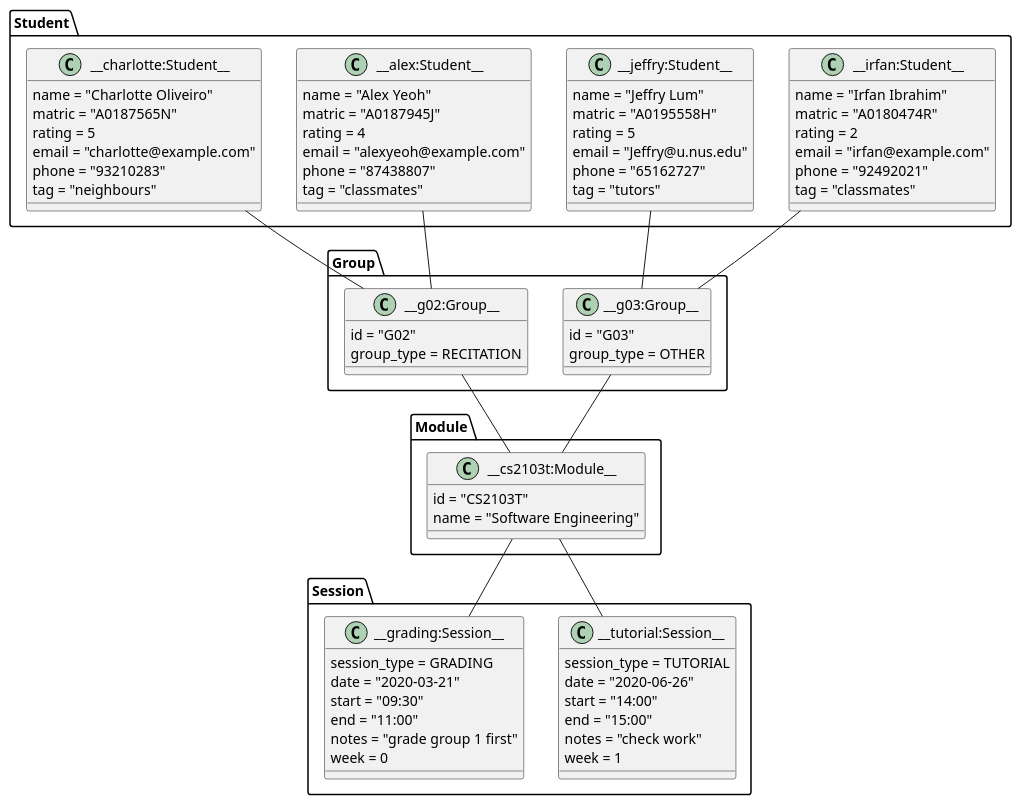
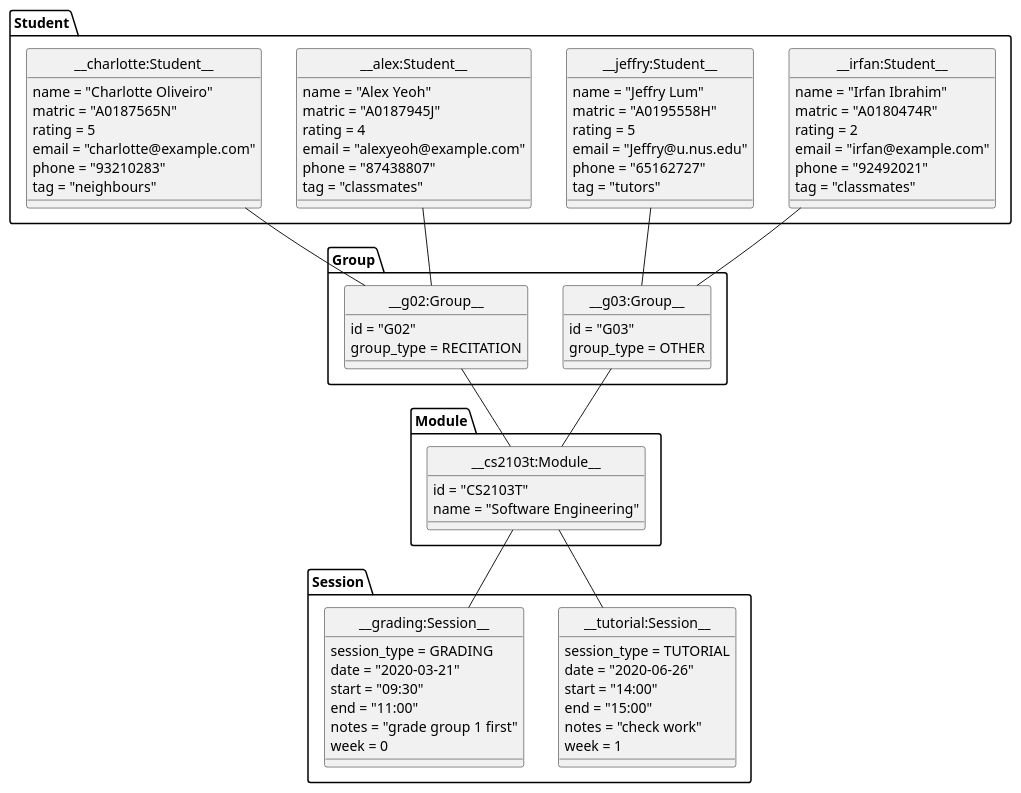
One commit to nus-cs2103-AY1920S2/addressbook-level3 changed the diagram in docs/diagrams/ModelObjectDiagram.puml. Above: the diagram before and after it, drawn with PlantUML. The commit also changed 9 other files, not shown here.

```diff
--- a/docs/diagrams/ModelObjectDiagram.puml
+++ b/docs/diagrams/ModelObjectDiagram.puml
@@ -1,91 +1,101 @@
 @startuml
 
 package Student {
     class Student1 as "__irfan:Student__" {
         name = "Irfan Ibrahim"
         matric = "A0180474R"
         rating = 2
         email = "irfan@example.com"
         phone = "92492021"
         tag = "classmates"
     }
 
     class Student2 as "__jeffry:Student__" {
       name = "Jeffry Lum"
       matric = "A0195558H"
       rating = 5
       email = "Jeffry@u.nus.edu"
       phone = "65162727"
       tag = "tutors"
     }
 
     class Student3 as "__alex:Student__" {
             name = "Alex Yeoh"
             matric = "A0187945J"
             rating = 4
             email = "alexyeoh@example.com"
             phone = "87438807"
             tag = "classmates"
     }
 
     class Student4 as "__charlotte:Student__" {
       name = "Charlotte Oliveiro"
       matric = "A0187565N"
       rating = 5
       email = "charlotte@example.com"
       phone = "93210283"
       tag = "neighbours"
     }
 }
 
 package Group {
     class Group1 as "__g02:Group__" {
         id = "G02"
         group_type = RECITATION
     }
 
     class Group2 as "__g03:Group__" {
         id = "G03"
         group_type = OTHER
     }
 }
 
 package Module {
     class Module1 as "__cs2103t:Module__" {
         id = "CS2103T"
         name = "Software Engineering"
     }
 }
 
 package Session {
     class Session1 as "__tutorial:Session__" {
         session_type = TUTORIAL
         date = "2020-06-26"
         start = "14:00"
         end = "15:00"
         notes = "check work"
         week = 1
     }
 
     class Session2 as "__grading:Session__" {
         session_type = GRADING
         date = "2020-03-21"
         start = "09:30"
         end = "11:00"
         notes = "grade group 1 first"
         week = 0
     }
 }
 
 Group1 -- Module1
 Group2 -- Module1
 
 Student1 -- Group2
 Student2 -- Group2
 Student3 -- Group1
 Student4 -- Group1
 
 Session1 -up- Module1
 Session2 -up- Module1
 
+hide Student1 circle
+hide Student2 circle
+hide Student3 circle
+hide Student4 circle
+hide Group1 circle
+hide Group2 circle
+hide Module1 circle
+hide Session1 circle
+hide Session2 circle
+
 @enduml
```
